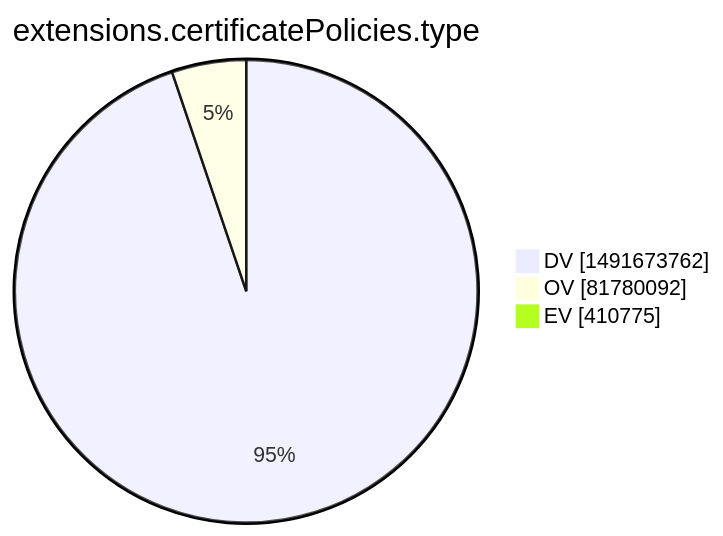
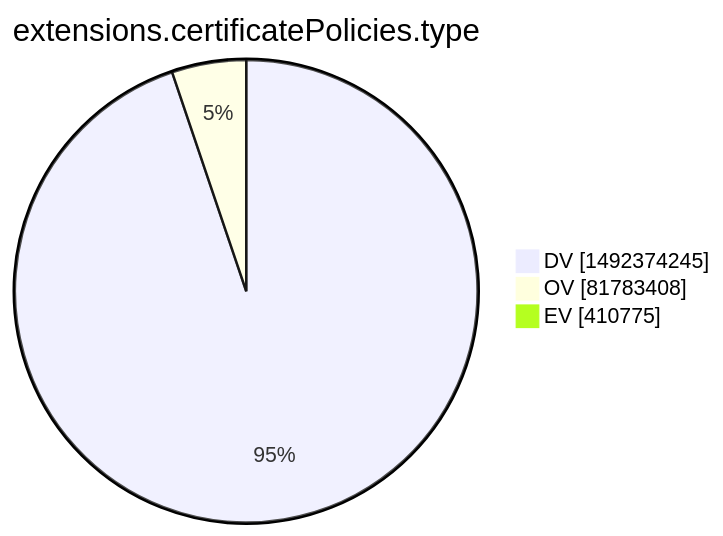
Before and after one commit to christiankrug/ctmonitor_visualization: the tenth of 15 diagrams in xenon2022/README.md, drawn with Mermaid. The commit also changed other lines of this file, not shown here.

````diff
--- a/xenon2022/README.md
+++ b/xenon2022/README.md
@@ -2874,7 +2874,7 @@
 ```mermaid
 pie showData
 title extensions.certificatePolicies.type
-"DV" :1491673762
-"OV" :81780092
+"DV" :1492374245
+"OV" :81783408
 "EV" :410775
 ```
````
